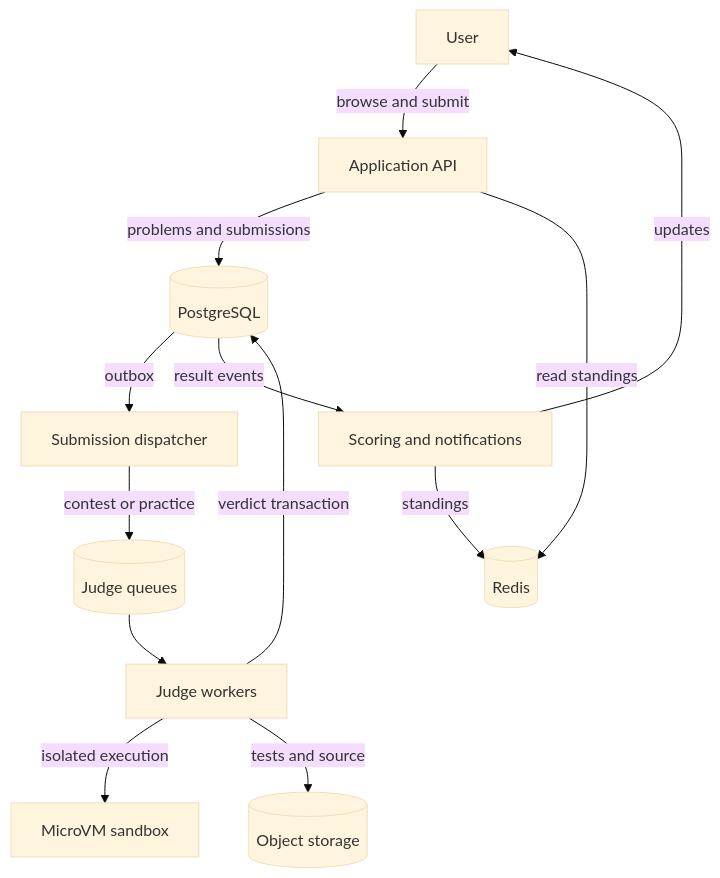
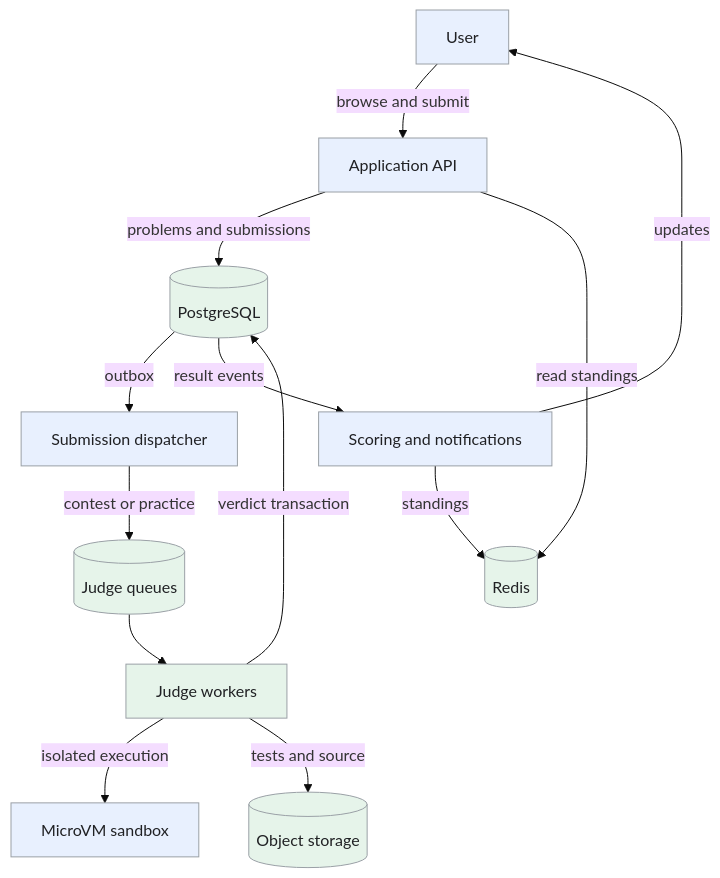
Before and after one commit to iliazlobin/iliazlobin.github.io: the first of 3 diagrams in _designs/system-design-leetcode.md, drawn with Mermaid (base theme). The commit also changed other lines of this file and 20 other files, not shown here.

Commit message:
Improve design flows, tradeoffs, and technology references

````diff
--- a/_designs/system-design-leetcode.md
+++ b/_designs/system-design-leetcode.md
@@ -140,15 +140,20 @@
 ```mermaid
 flowchart TB
   U[User] -->|browse and submit| API[Application API]
   API -->|problems and submissions| DB[(PostgreSQL)]
   DB -->|outbox| D[Submission dispatcher]
   D -->|contest or practice| Q[(Judge queues)]
   Q --> W[Judge workers]
   W -->|isolated execution| VM[MicroVM sandbox]
   W -->|tests and source| O[(Object storage)]
   W -->|verdict transaction| DB
   DB -->|result events| S[Scoring and notifications]
   S -->|standings| R[(Redis)]
   S -->|updates| U
   API -->|read standings| R
+  classDef request fill:#e8f0fe,stroke:#9aa0a6,color:#202124,stroke-width:1px
+  classDef background fill:#e6f4ea,stroke:#9aa0a6,color:#202124,stroke-width:1px
+  classDef control fill:#fef7e0,stroke:#9aa0a6,color:#202124,stroke-width:1px
+  class U,API,D,VM,S request
+  class DB,Q,W,O,R background
 ```
````
